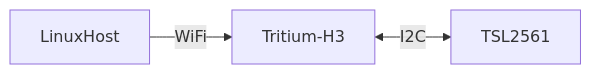
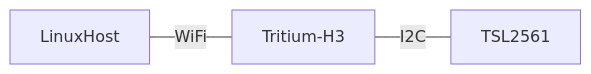
Before and after one commit to lorsi96/TSL2561-Linux-Driver: the first of 3 diagrams in README.md, drawn with Mermaid. The commit also changed other lines of this file and 1 other file, not shown here.

````diff
--- a/README.md
+++ b/README.md
@@ -15,5 +17,4 @@
 ```mermaid
 graph LR
-
-LinuxHost --WiFi --> Tritium-H3 <--I2C--> TSL2561
+LinuxHost --WiFi --- Tritium-H3 --I2C --- TSL2561
 ```
````
